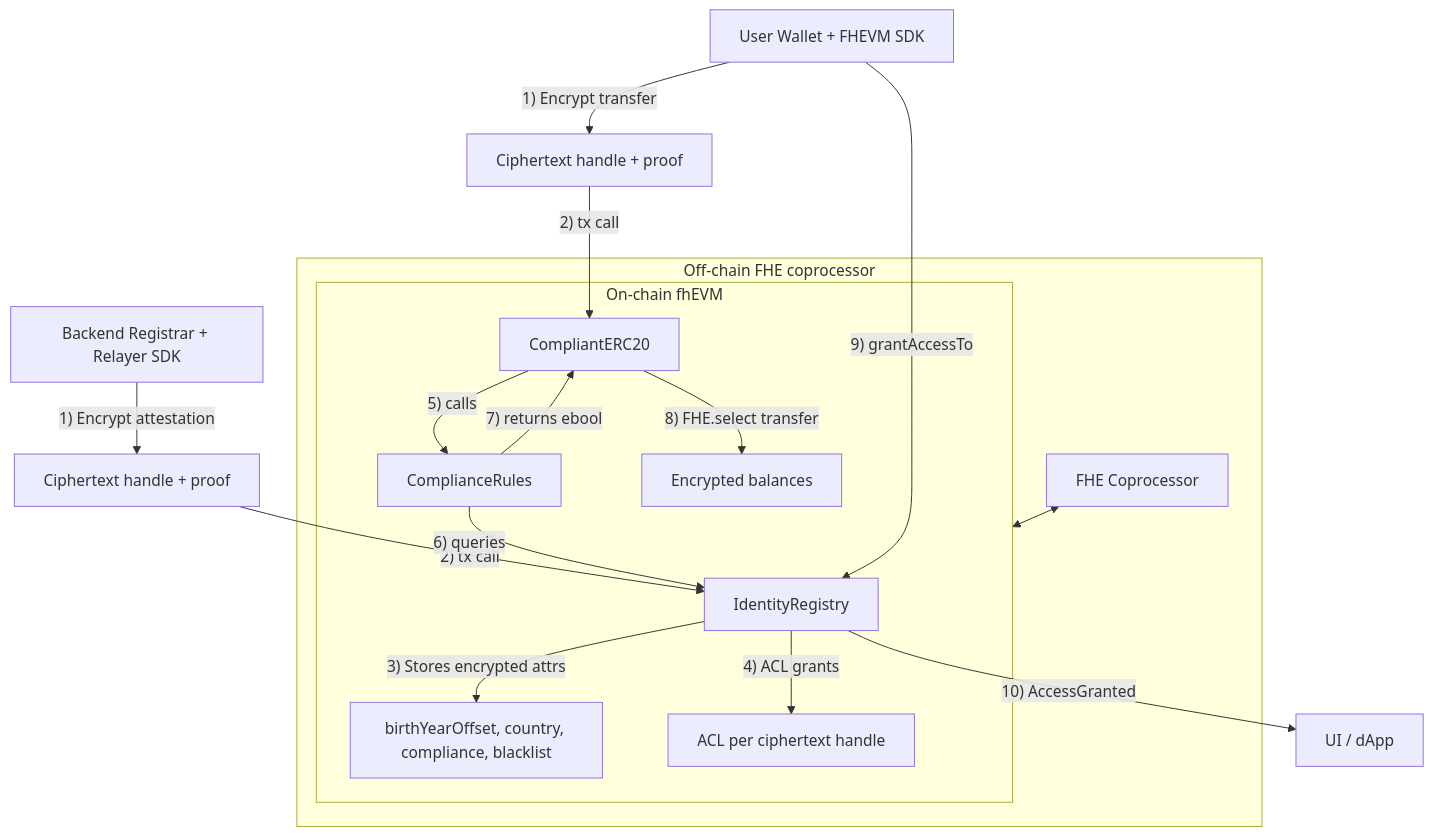
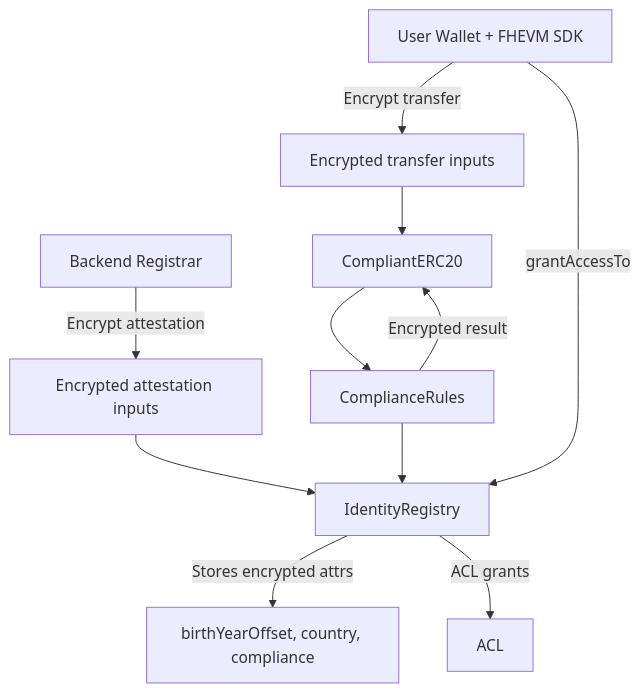
One commit to gustavovalverde/zentity changed the fifth of 9 diagrams in docs/web3-architecture.md. Above: the diagram before and after it, drawn with Mermaid. The commit also changed other lines of this file and 19 other files, not shown here.

First line of the commit message:
docs: overhaul architecture docs and navigation

````diff
--- a/docs/web3-architecture.md
+++ b/docs/web3-architecture.md
@@ -99,25 +253,21 @@
 ```mermaid
 flowchart TD
-    User["User Wallet + FHEVM SDK"]
-    Registrar["Backend Registrar + Relayer SDK"]
-    User -- "1) Encrypt transfer" --> EncIn["Ciphertext handle + proof"]
-    Registrar -- "1) Encrypt attestation" --> AttIn["Ciphertext handle + proof"]
-    AttIn -- "2) tx call" --> IR["IdentityRegistry"]
-    EncIn -- "2) tx call" --> ERC["CompliantERC20"]
+  User["User Wallet + FHEVM SDK"]
+  Registrar["Backend Registrar"]
+  AttIn["Encrypted attestation inputs"]
+  EncIn["Encrypted transfer inputs"]
 
-    subgraph OnChain["On-chain fhEVM"]
-      IR -- "3) Stores encrypted attrs" --> IRState["birthYearOffset, country, compliance, blacklist"]
-      IR -- "4) ACL grants" --> ACL["ACL per ciphertext handle"]
-      ERC -- "5) calls" --> CR["ComplianceRules"]
-      CR -- "6) queries" --> IR
-      CR -- "7) returns ebool" --> ERC
-      ERC -- "8) FHE.select transfer" --> ERCState["Encrypted balances"]
-    end
+  User -- "Encrypt transfer" --> EncIn
+  Registrar -- "Encrypt attestation" --> AttIn
 
-    subgraph OffChain["Off-chain FHE coprocessor"]
-      FHE["FHE Coprocessor"] <--> OnChain
-    end
+  AttIn --> IR["IdentityRegistry"]
+  EncIn --> ERC["CompliantERC20"]
 
-    User -- "9) grantAccessTo" --> IR
-    IR -- "10) AccessGranted" --> UI["UI / dApp"]
+  IR -- "Stores encrypted attrs" --> IRState["birthYearOffset, country, compliance"]
+  IR -- "ACL grants" --> ACL
+  ERC --> CR["ComplianceRules"]
+  CR --> IR
+  CR -- "Encrypted result" --> ERC
+
+  User -- "grantAccessTo" --> IR
 ```
````
